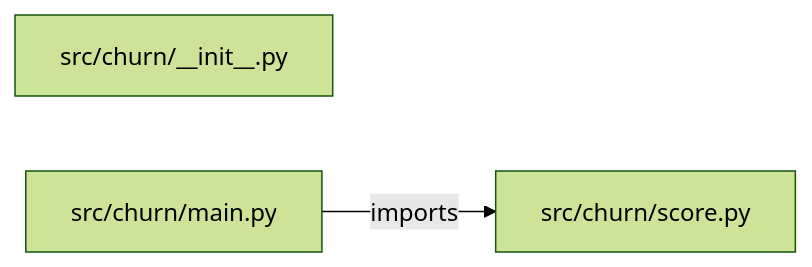
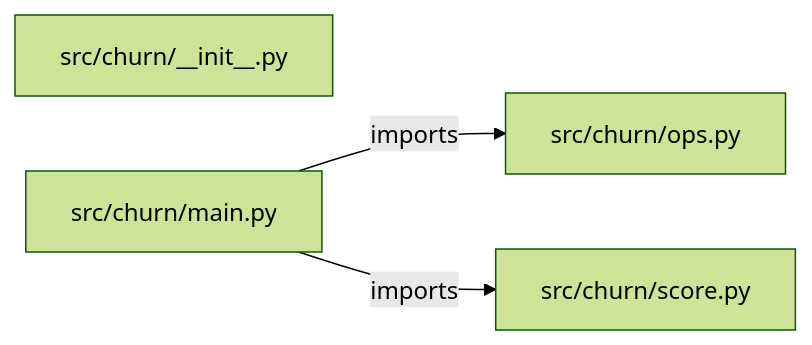
Before and after one commit to iarsingh/customer-churn-prediction: the diagram in PROJECT_ARCHITECTURE.md, drawn with Mermaid (forest theme). The commit also changed other lines of this file and 2 other files, not shown here.

Commit message:
Refresh architecture and interview guides from current implementation

````diff
--- a/PROJECT_ARCHITECTURE.md
+++ b/PROJECT_ARCHITECTURE.md
@@ -13,7 +13,9 @@
 ```mermaid
 flowchart LR
     M0["src/churn/__init__.py"]
     M1["src/churn/main.py"]
-    M2["src/churn/score.py"]
+    M2["src/churn/ops.py"]
+    M3["src/churn/score.py"]
     M1 -->|imports| M2
+    M1 -->|imports| M3
 ```
````
